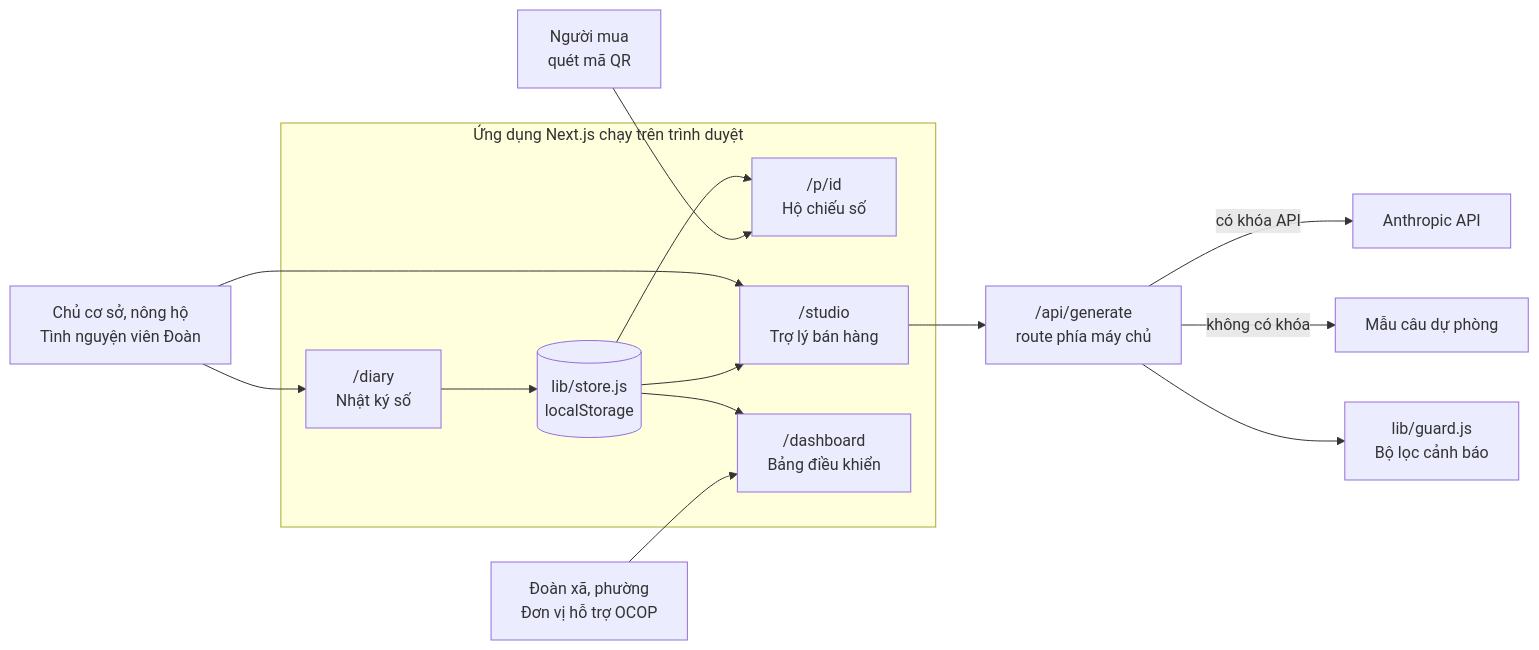
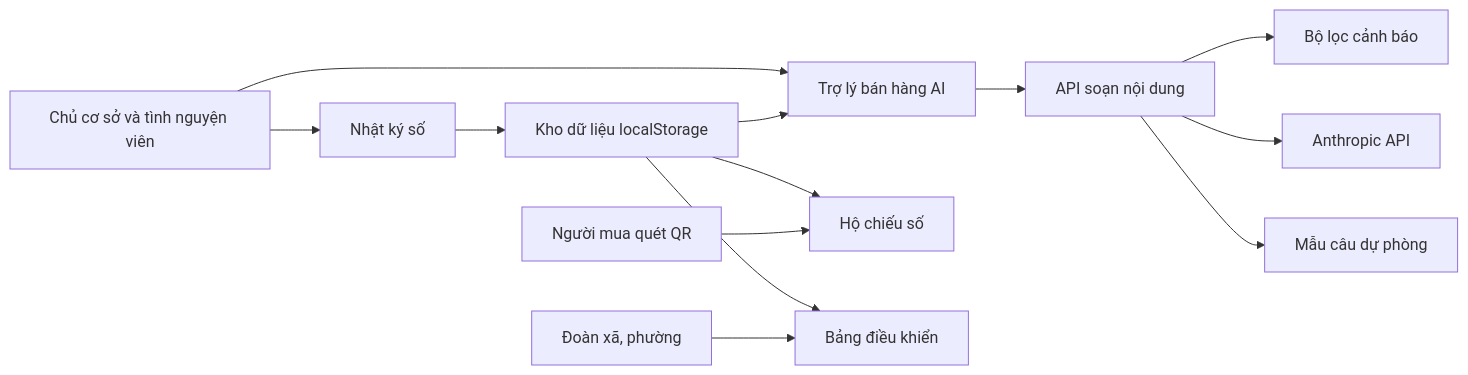
The first of 5 diagrams in README.md (thao1123lls-code/ocop-passport), drawn with Mermaid before and after one commit. The commit also changed other lines of this file, not shown here.

````diff
--- a/README.md
+++ b/README.md
@@ -144,29 +144,15 @@
 ```mermaid
 flowchart LR
-  U1["Chủ cơ sở, nông hộ<br/>Tình nguyện viên Đoàn"]
-  U2["Người mua<br/>quét mã QR"]
-  U3["Đoàn xã, phường<br/>Đơn vị hỗ trợ OCOP"]
-  subgraph APP["Ứng dụng Next.js chạy trên trình duyệt"]
-    D["/diary<br/>Nhật ký số"]
-    P["/p/id<br/>Hộ chiếu số"]
-    S["/studio<br/>Trợ lý bán hàng"]
-    B["/dashboard<br/>Bảng điều khiển"]
-    ST[("lib/store.js<br/>localStorage")]
-  end
-  API["/api/generate<br/>route phía máy chủ"]
-  G["lib/guard.js<br/>Bộ lọc cảnh báo"]
-  AI["Anthropic API"]
-  TP["Mẫu câu dự phòng"]
-  U1 --> D
-  U1 --> S
-  D --> ST
-  ST --> P
+  U1["Chủ cơ sở và tình nguyện viên"] --> D["Nhật ký số"]
+  U1 --> S["Trợ lý bán hàng AI"]
+  D --> ST["Kho dữ liệu localStorage"]
+  ST --> P["Hộ chiếu số"]
   ST --> S
-  ST --> B
-  S --> API
-  API -->|"có khóa API"| AI
-  API -->|"không có khóa"| TP
-  API --> G
-  U2 --> P
-  U3 --> B
+  ST --> B["Bảng điều khiển"]
+  S --> API["API soạn nội dung"]
+  API --> G["Bộ lọc cảnh báo"]
+  API --> AI["Anthropic API"]
+  API --> TP["Mẫu câu dự phòng"]
+  U2["Người mua quét QR"] --> P
+  U3["Đoàn xã, phường"] --> B
 ```
````
